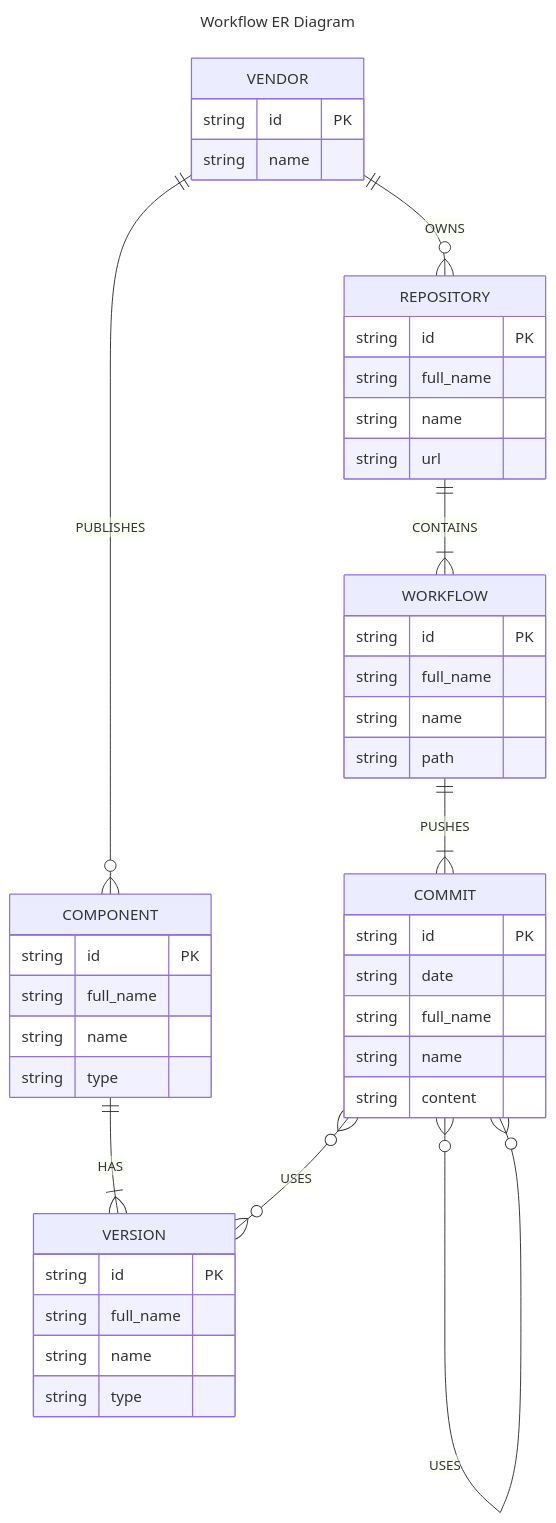
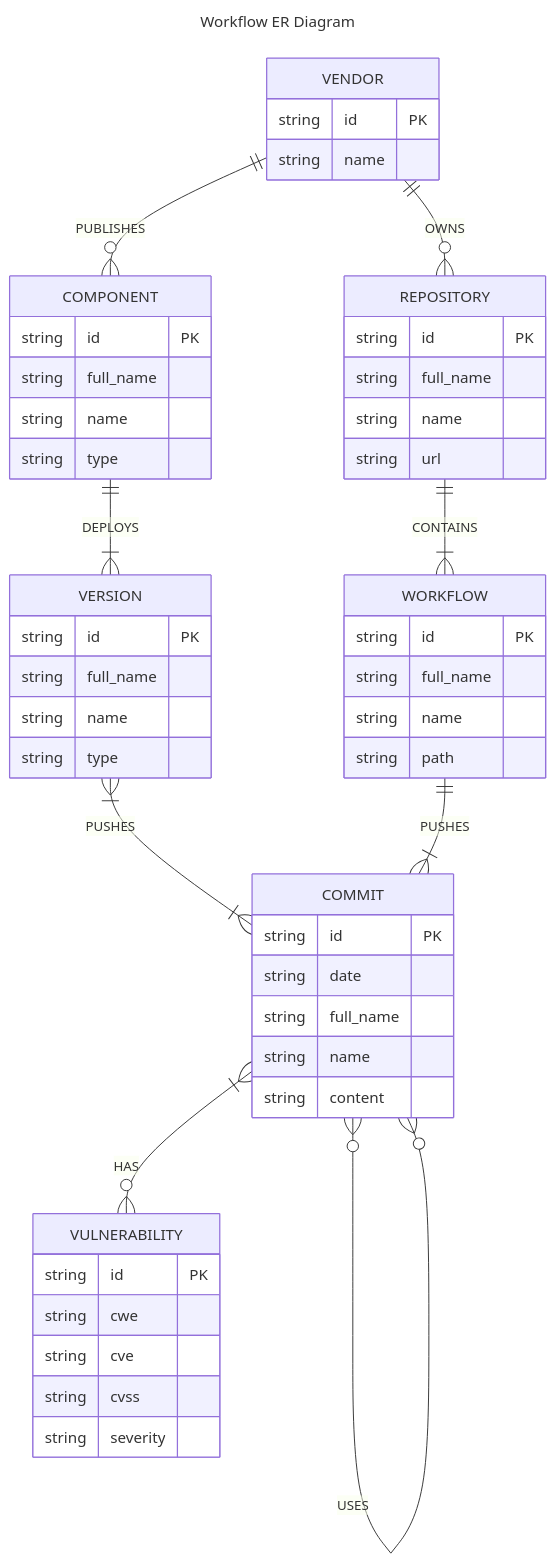
One commit to aegis-forge/kleio changed the diagram in docs/mmd/er.mmd. Above: the diagram before and after it, drawn with Mermaid. The commit also changed 6 other files, not shown here.

```diff
--- a/docs/mmd/er.mmd
+++ b/docs/mmd/er.mmd
@@ -1,52 +1,61 @@
 ---
 title: Workflow ER Diagram
 ---
 erDiagram
+    VULNERABILITY {
+        string id PK
+        string cwe
+        string cve
+        string cvss
+        string severity
+    }
+
     VERSION {
         string id PK
         string full_name
         string name
         string type
     }
 
     COMPONENT {
         string id PK
         string full_name
         string name
         string type
     }
 
     COMMIT {
         string id PK
         string date
         string full_name
         string name
         string content
     }
 
     WORKFLOW {
         string id PK
         string full_name
         string name
         string path
     }
 
     REPOSITORY {
         string id PK
         string full_name
         string name
         string url
     }
 
     VENDOR {
         string id PK
         string name
     }
 
-    COMPONENT ||--|{ VERSION : HAS
-    COMMIT }o--o{ VERSION : USES
+    COMMIT }|--o{ VULNERABILITY : HAS
+    VERSION }|--|{ COMMIT : PUSHES
+    COMPONENT ||--|{ VERSION : DEPLOYS
     COMMIT }o--o{ COMMIT : USES
     WORKFLOW ||--|{ COMMIT : PUSHES
     REPOSITORY ||--|{ WORKFLOW : CONTAINS
     VENDOR ||--o{ REPOSITORY : OWNS
     VENDOR ||--o{ COMPONENT : PUBLISHES
```
